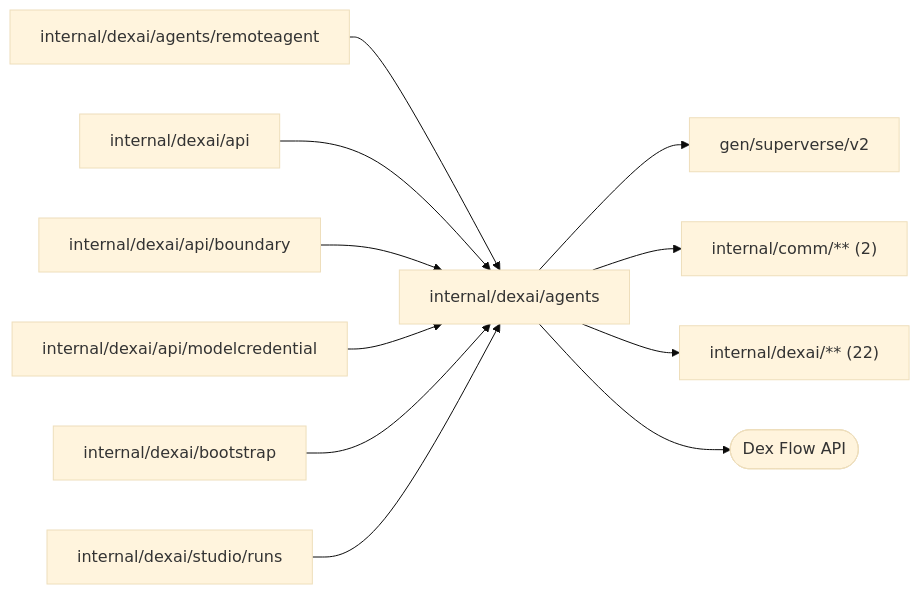
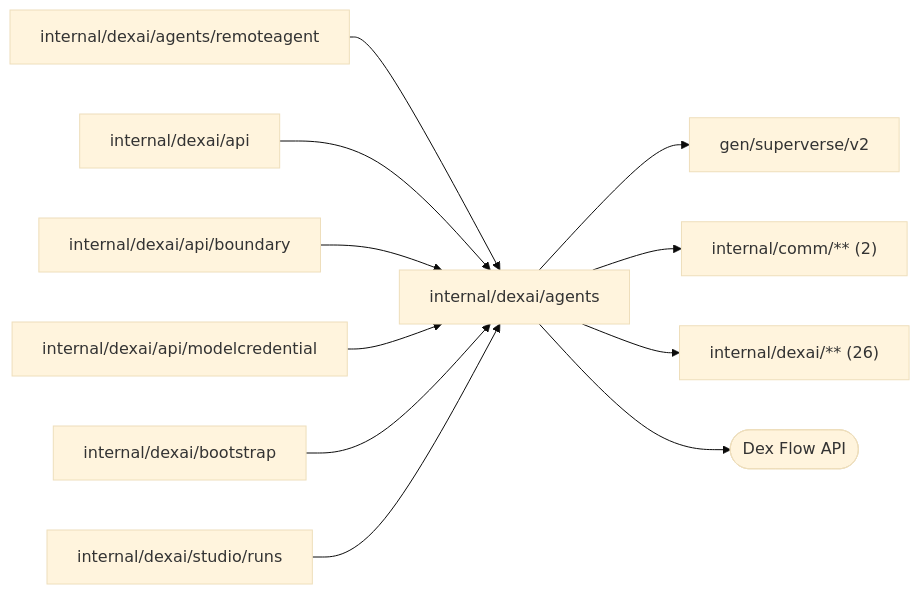
One commit to superdurable/superverse changed the diagram in internal/dexai/agents/README.md. Above: the diagram before and after it, drawn with Mermaid (base theme). The commit also changed other lines of this file and 226 other files, not shown here.

````diff
--- a/internal/dexai/agents/README.md
+++ b/internal/dexai/agents/README.md
@@ -10,14 +10,14 @@
 ```mermaid
 flowchart LR
   self["internal/dexai/agents"]
   c0["internal/dexai/agents/remoteagent"] --> self
   c1["internal/dexai/api"] --> self
   c2["internal/dexai/api/boundary"] --> self
   c3["internal/dexai/api/modelcredential"] --> self
   c4["internal/dexai/bootstrap"] --> self
   c5["internal/dexai/studio/runs"] --> self
   self --> d0["gen/superverse/v2"]
   self --> d1["internal/comm/** (2)"]
-  self --> d2["internal/dexai/** (22)"]
+  self --> d2["internal/dexai/** (26)"]
   self --> e0(["Dex Flow API"])
 ```
````
